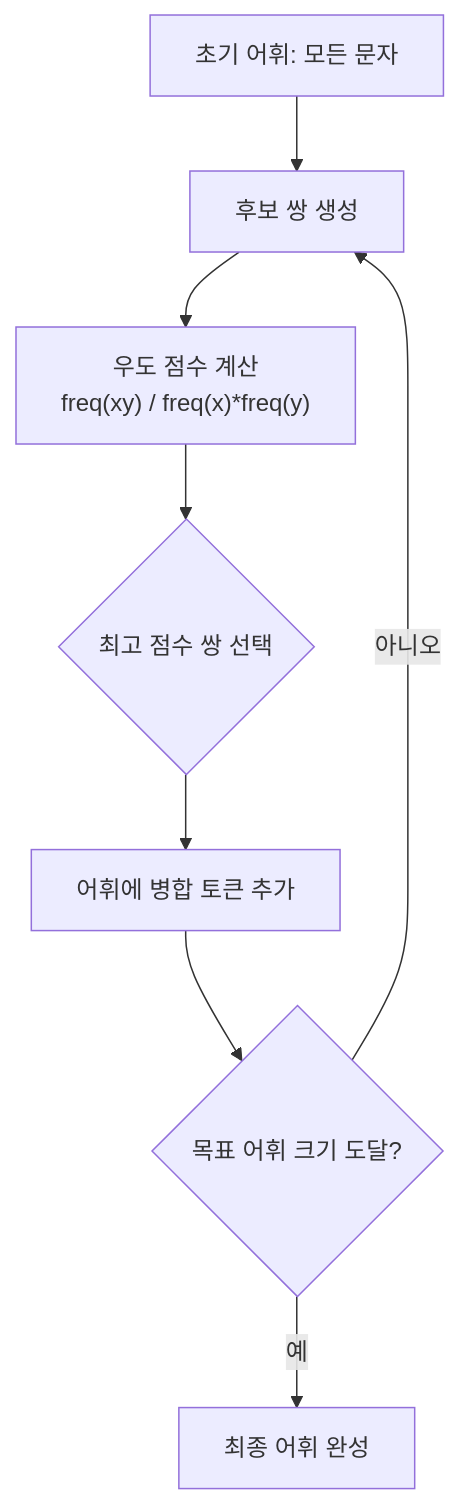
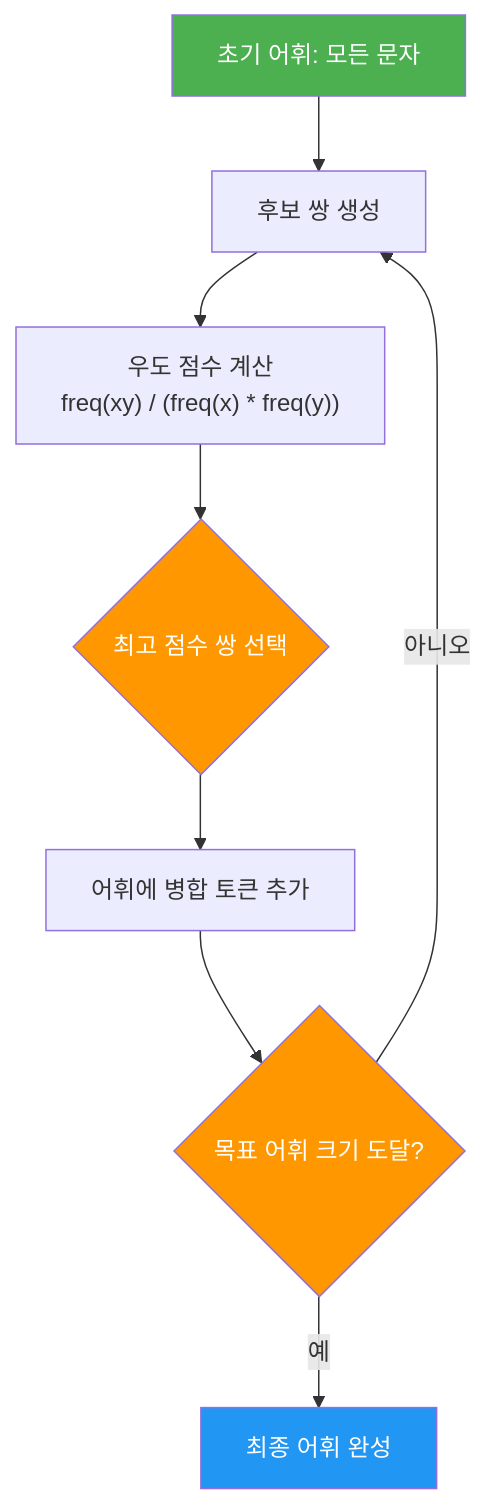
Before and after one commit to jsonpassion/forge-tutorial-llm: the first of 5 diagrams in 15-ch15-서브워드-토크나이제이션/03-03-wordpiece와-unigram.md, drawn with Mermaid. The commit also changed other lines of this file and 5 other files, not shown here.

````diff
--- a/15-ch15-서브워드-토크나이제이션/03-03-wordpiece와-unigram.md
+++ b/15-ch15-서브워드-토크나이제이션/03-03-wordpiece와-unigram.md
@@ -21,10 +59,15 @@
 ```mermaid
 flowchart TD
     A["초기 어휘: 모든 문자"] --> B["후보 쌍 생성"]
-    B --> C["우도 점수 계산<br/>freq(xy) / freq(x)*freq(y)"]
+    B --> C["우도 점수 계산<br/>freq(xy) / (freq(x) * freq(y))"]
     C --> D{"최고 점수 쌍 선택"}
     D --> E["어휘에 병합 토큰 추가"]
     E --> F{"목표 어휘 크기 도달?"}
     F -->|아니오| B
     F -->|예| G["최종 어휘 완성"]
+
+    style A fill:#4CAF50,color:#fff
+    style G fill:#2196F3,color:#fff
+    style D fill:#FF9800,color:#fff
+    style F fill:#FF9800,color:#fff
 ```
````
